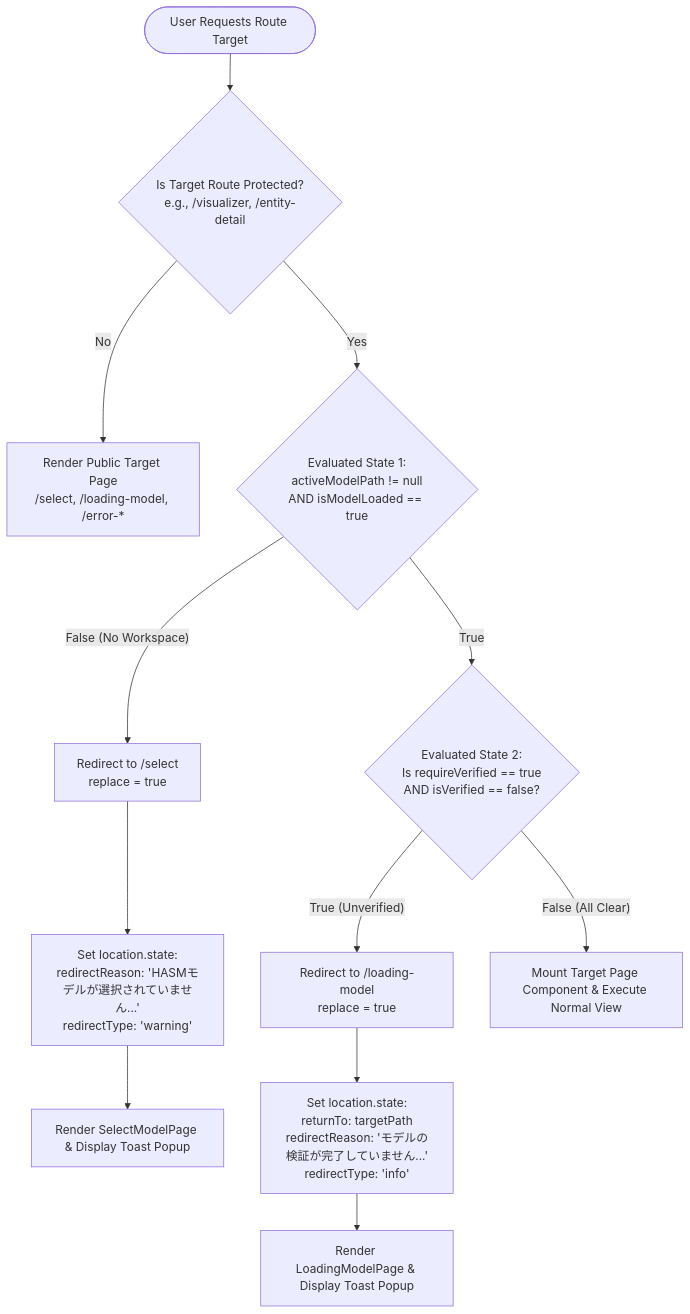
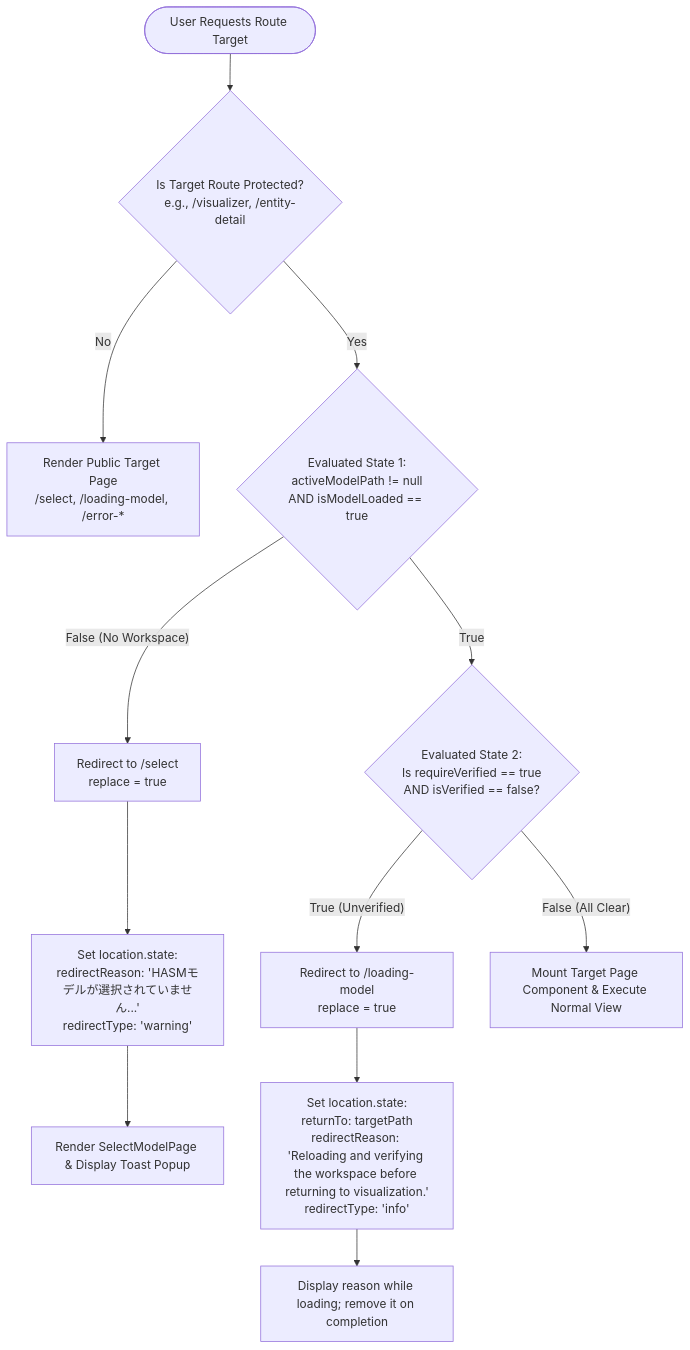
One commit to HibiyaHaraki/hasm changed the fourth of 4 diagrams in docs/arch/16-SEQ-07_Otehrs.md. Above: the diagram before and after it, drawn with Mermaid. The commit also changed other lines of this file and 9 other files, not shown here.

````diff
--- a/docs/arch/16-SEQ-07_Otehrs.md
+++ b/docs/arch/16-SEQ-07_Otehrs.md
@@ -163,20 +163,20 @@
 ```mermaid
 flowchart TD
     Start([User Requests Route Target]) --> IsProtected{Is Target Route Protected?<br/>e.g., /visualizer, /entity-detail}
     
     IsProtected -- No --> AllowUnprotected[Render Public Target Page<br/>/select, /loading-model, /error-*]
     IsProtected -- Yes --> CheckModel{Evaluated State 1:<br/>activeModelPath != null<br/>AND isModelLoaded == true}
     
     CheckModel -- False (No Workspace) --> RedirectSelect[Redirect to /select<br/>replace = true]
     RedirectSelect --> PassReason1["Set location.state:<br/>redirectReason: 'HASMモデルが選択されていません...'<br/>redirectType: 'warning'"]
     PassReason1 --> RenderToast1[Render SelectModelPage & Display Toast Popup]
     
     CheckModel -- True --> CheckVerified{Evaluated State 2:<br/>Is requireVerified == true<br/>AND isVerified == false?}
     
     CheckVerified -- True (Unverified) --> RedirectLoading[Redirect to /loading-model<br/>replace = true]
-    RedirectLoading --> PassReason2["Set location.state:<br/>returnTo: targetPath<br/>redirectReason: 'モデルの検証が完了していません...'<br/>redirectType: 'info'"]
-    PassReason2 --> RenderToast2[Render LoadingModelPage & Display Toast Popup]
+    RedirectLoading --> PassReason2["Set location.state:<br/>returnTo: targetPath<br/>redirectReason: 'Reloading and verifying the workspace before returning to visualization.'<br/>redirectType: 'info'"]
+    PassReason2 --> RenderToast2[Display reason while loading; remove it on completion]
     
     CheckVerified -- False (All Clear) --> MountPage[Mount Target Page Component & Execute Normal View]
 
 ```
````
